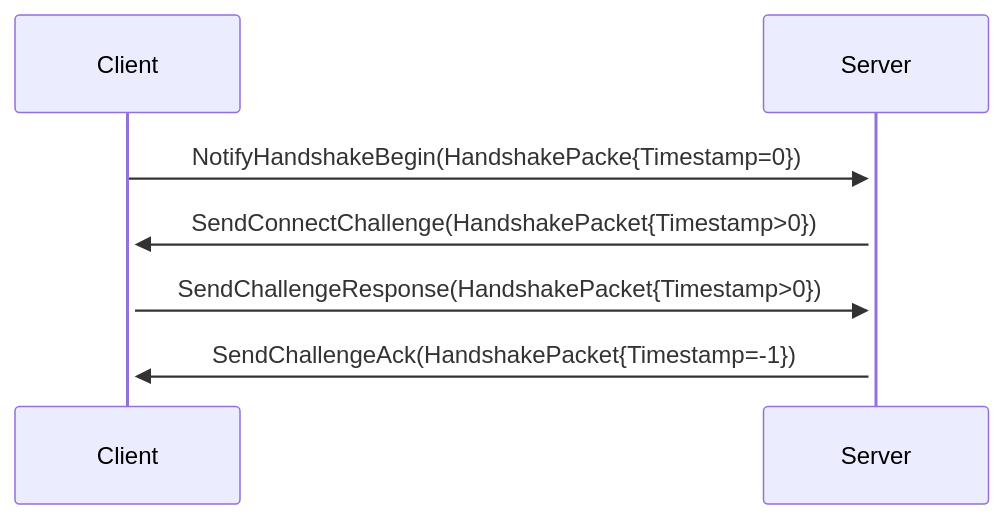
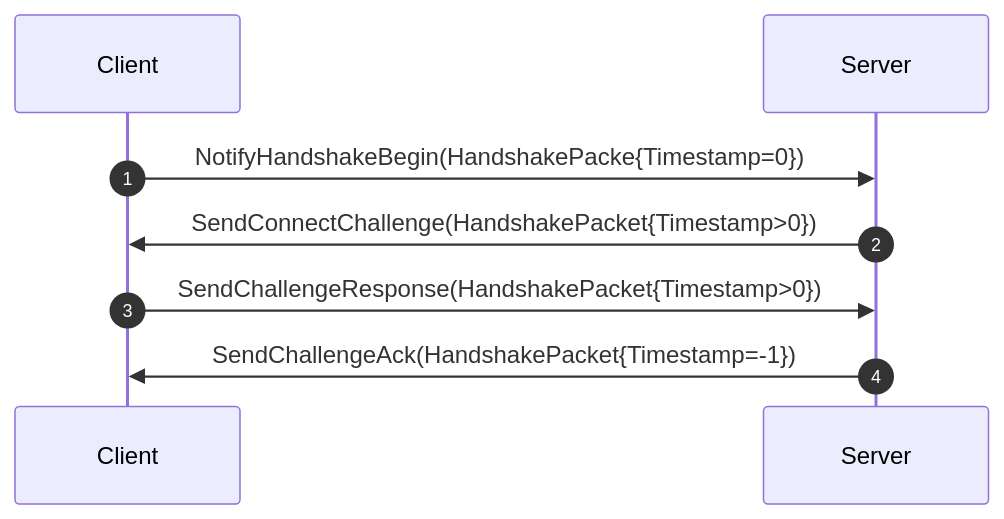
The sixth of 8 diagrams in _posts/2022-11-13-utcp_handshake.md (dpull/dpull.github.io), drawn with Mermaid before and after one commit. The commit also changed other lines of this file, not shown here.

````diff
--- a/_posts/2022-11-13-utcp_handshake.md
+++ b/_posts/2022-11-13-utcp_handshake.md
@@ -62,7 +96,8 @@
 ```mermaid
 sequenceDiagram
-    Client->>+Server: NotifyHandshakeBegin(HandshakePacke{Timestamp=0})
-    Server->>+Client: SendConnectChallenge(HandshakePacket{Timestamp>0})
-    Client->>+Server: SendChallengeResponse(HandshakePacket{Timestamp>0})
-    Server->>+Client: SendChallengeAck(HandshakePacket{Timestamp=-1})
+    autonumber
+    Client->>Server: NotifyHandshakeBegin(HandshakePacke{Timestamp=0})
+    Server->>Client: SendConnectChallenge(HandshakePacket{Timestamp>0})
+    Client->>Server: SendChallengeResponse(HandshakePacket{Timestamp>0})
+    Server->>Client: SendChallengeAck(HandshakePacket{Timestamp=-1})
 ```
````
